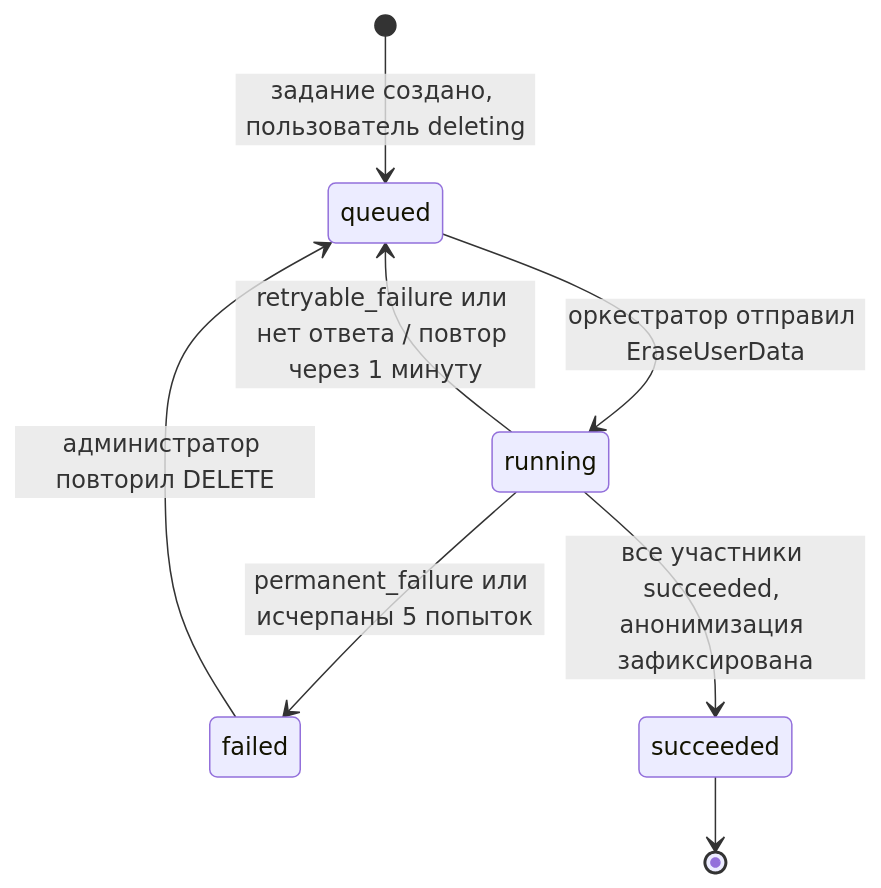
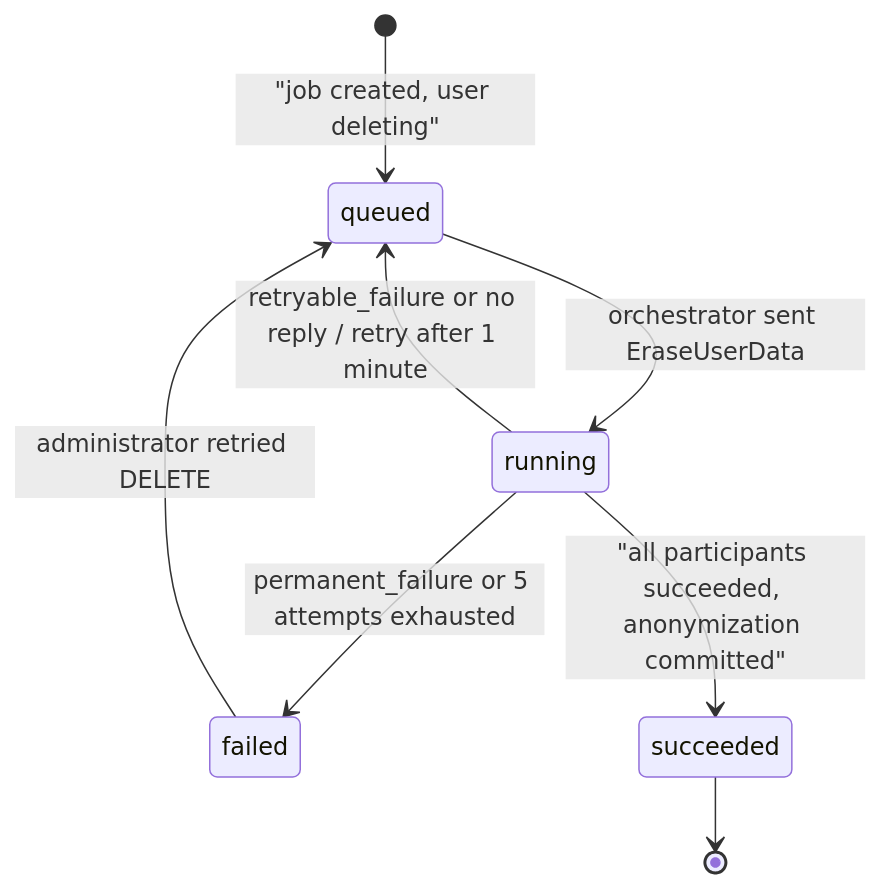
Before and after one commit to pavel-skripko-innowise/inno-fe-be-a1: the fourth of 4 diagrams in courses-content/backend/B/1/en/0.4 Согласованность данных.md, drawn with Mermaid. The commit also changed other lines of this file and 35 other files, not shown here.

````diff
--- a/courses-content/backend/B/1/en/0.4 Согласованность данных.md
+++ b/courses-content/backend/B/1/en/0.4 Согласованность данных.md
@@ -118,10 +118,10 @@
 ```mermaid
 stateDiagram-v2
-  [*] --> queued: задание создано, пользователь deleting
-  queued --> running: оркестратор отправил EraseUserData
-  running --> queued: retryable_failure или нет ответа / повтор через 1 минуту
-  running --> failed: permanent_failure или исчерпаны 5 попыток
-  failed --> queued: администратор повторил DELETE
-  running --> succeeded: все участники succeeded, анонимизация зафиксирована
+  [*] --> queued: "job created, user deleting"
+  queued --> running: orchestrator sent EraseUserData
+  running --> queued: retryable_failure or no reply / retry after 1 minute
+  running --> failed: permanent_failure or 5 attempts exhausted
+  failed --> queued: administrator retried DELETE
+  running --> succeeded: "all participants succeeded, anonymization committed"
   succeeded --> [*]
 ```
````
